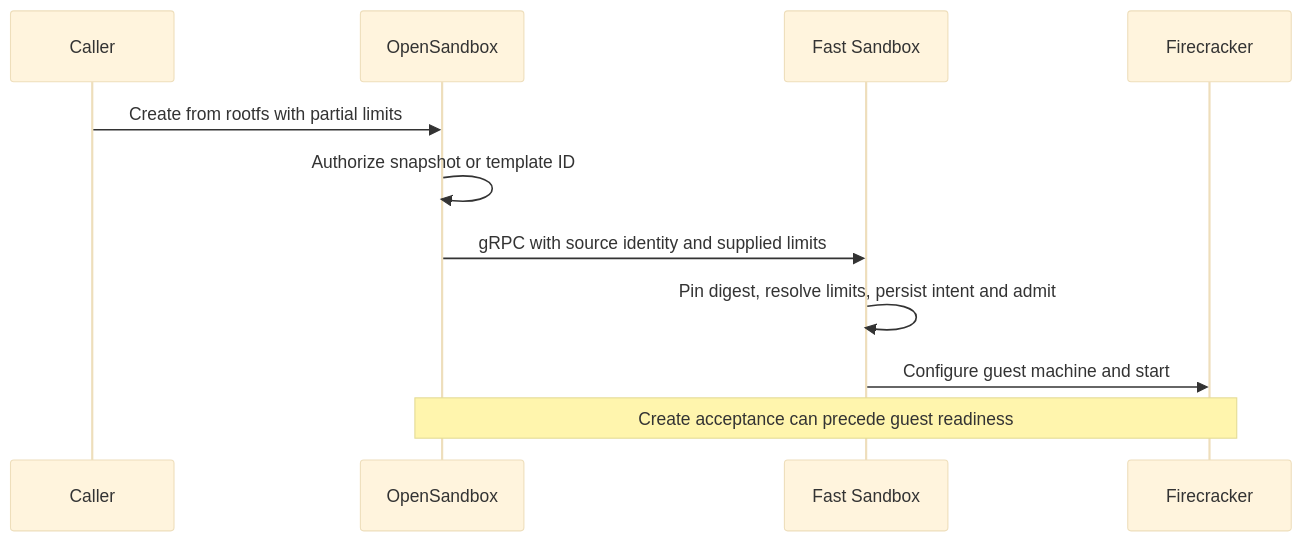
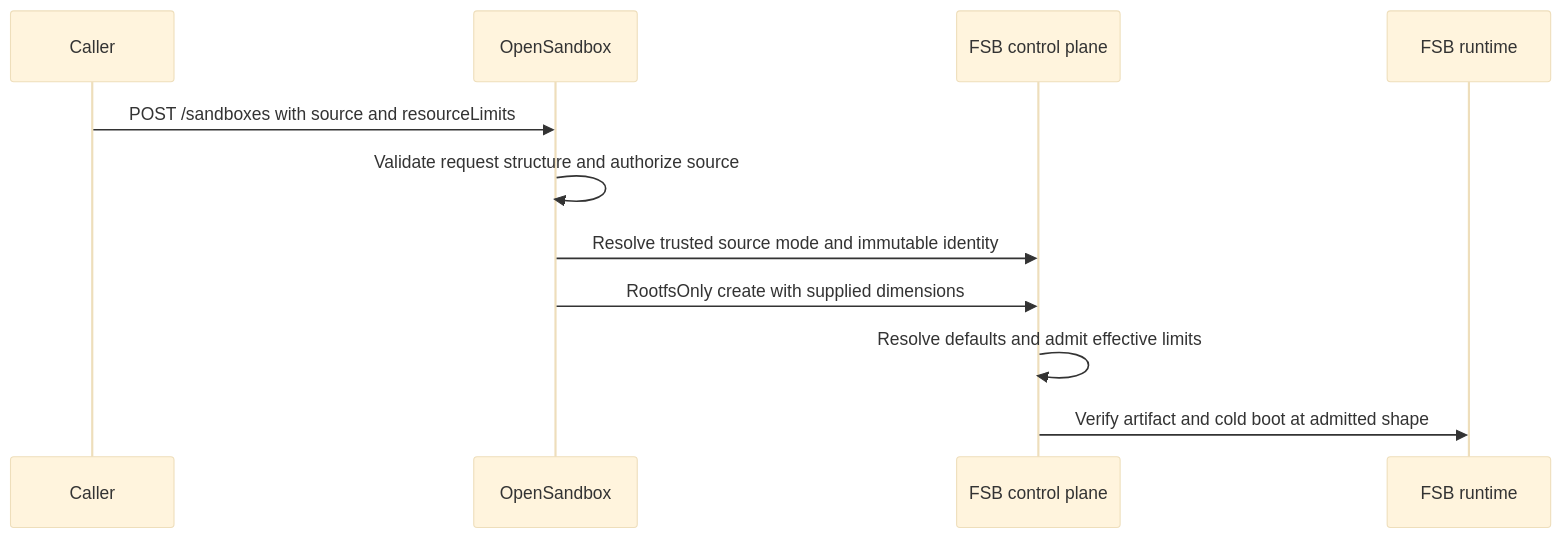
The diagram in oseps/0032-rootfs-only-create-overrides.md (opensandbox-group/OpenSandbox), drawn with Mermaid (base theme) before and after one commit. The commit also changed other lines of this file, not shown here.

Commit message:
docs(osep): reuse create resource limits for rootfs-only sources

````diff
--- a/oseps/0032-rootfs-only-create-overrides.md
+++ b/oseps/0032-rootfs-only-create-overrides.md
@@ -61,13 +64,13 @@
 ```mermaid
 sequenceDiagram
     participant C as Caller
     participant O as OpenSandbox
-    participant F as Fast Sandbox
-    participant V as Firecracker
-    C->>O: Create from rootfs with partial limits
-    O->>O: Authorize snapshot or template ID
-    O->>F: gRPC with source identity and supplied limits
-    F->>F: Pin digest, resolve limits, persist intent and admit
-    F->>V: Configure guest machine and start
-    Note over O,V: Create acceptance can precede guest readiness
+    participant F as FSB control plane
+    participant V as FSB runtime
+    C->>O: POST /sandboxes with source and resourceLimits
+    O->>O: Validate request structure and authorize source
+    O->>F: Resolve trusted source mode and immutable identity
+    O->>F: RootfsOnly create with supplied dimensions
+    F->>F: Resolve defaults and admit effective limits
+    F->>V: Verify artifact and cold boot at admitted shape
 ```
````
